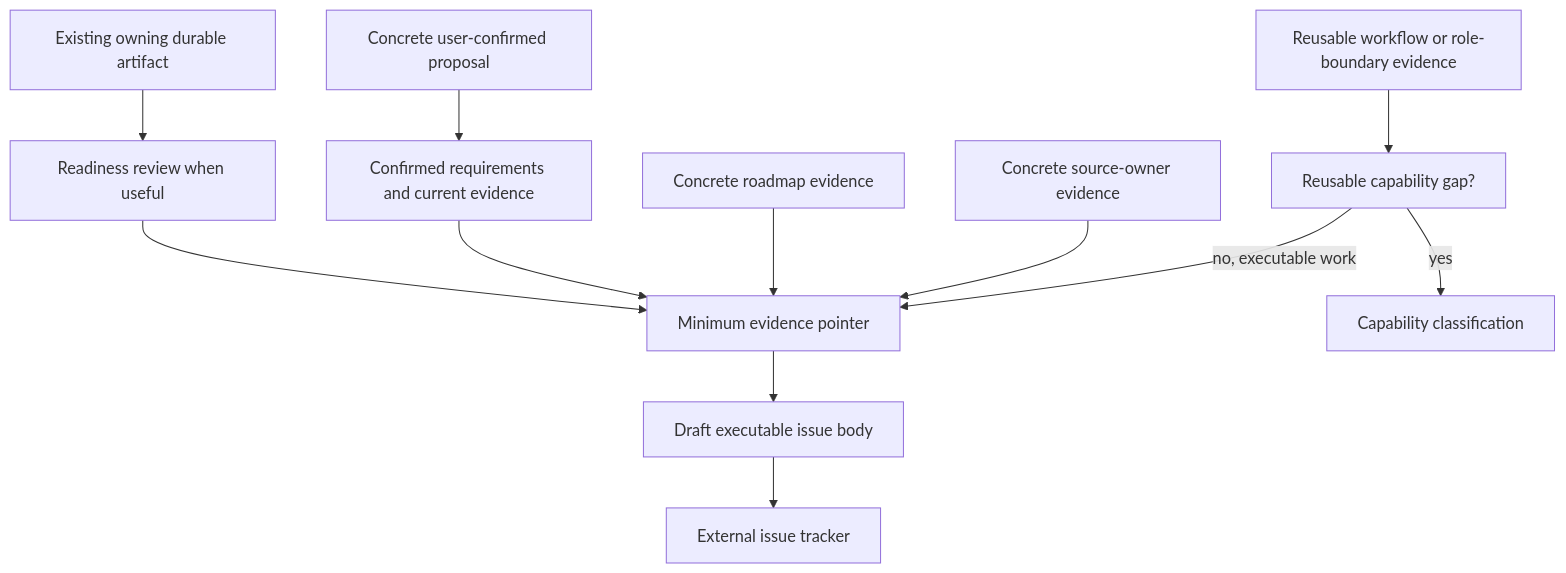
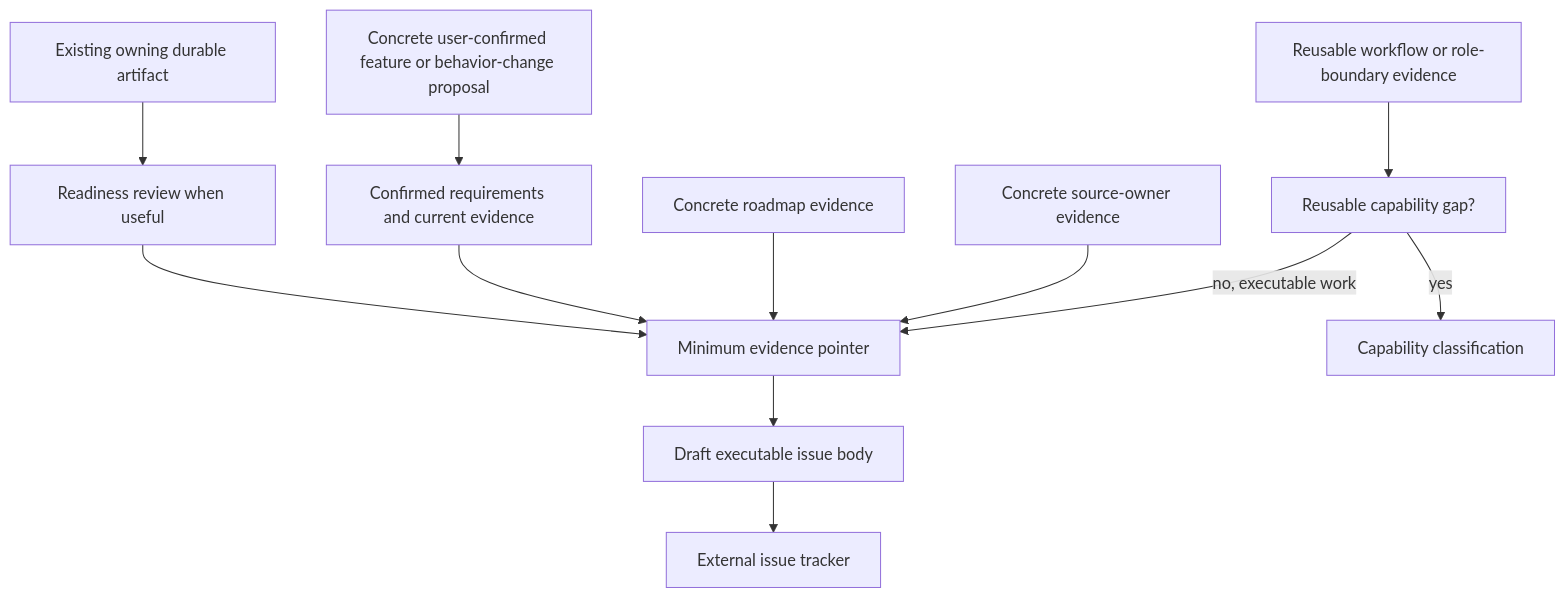
Before and after one commit to ryumiel/devcanon: the fourth of 12 diagrams in docs/guidelines/portable-afds-user-procedure-map.md, drawn with Mermaid. The commit also changed other lines of this file and 3 other files, not shown here.

````diff
--- a/docs/guidelines/portable-afds-user-procedure-map.md
+++ b/docs/guidelines/portable-afds-user-procedure-map.md
@@ -118,14 +118,14 @@
 ```mermaid
 flowchart TD
   existing["Existing owning durable artifact"] --> readiness["Readiness review when useful"]
   readiness --> pointer["Minimum evidence pointer"]
-  proposal["Concrete user-confirmed proposal"] --> proposalCheck["Confirmed requirements and current evidence"]
+  proposal["Concrete user-confirmed feature or behavior-change proposal"] --> proposalCheck["Confirmed requirements and current evidence"]
   proposalCheck --> pointer
   roadmap["Concrete roadmap evidence"] --> pointer
   source["Concrete source-owner evidence"] --> pointer
   guideline["Reusable workflow or role-boundary evidence"] --> reusable["Reusable capability gap?"]
   reusable -->|yes| classify["Capability classification"]
   reusable -->|no, executable work| pointer
   pointer --> slice["Draft executable issue body"]
   slice --> tracker["External issue tracker"]
 ```
````
